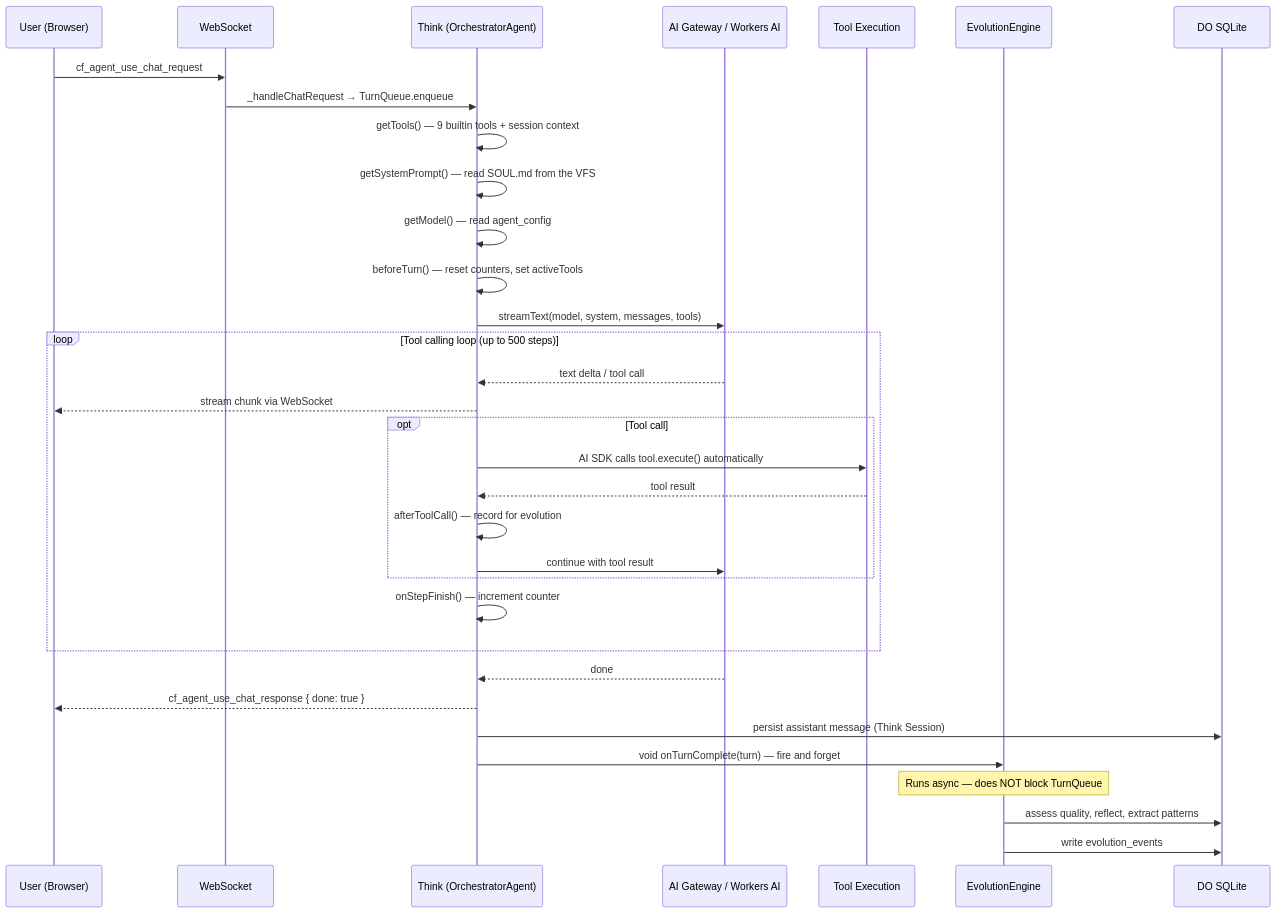
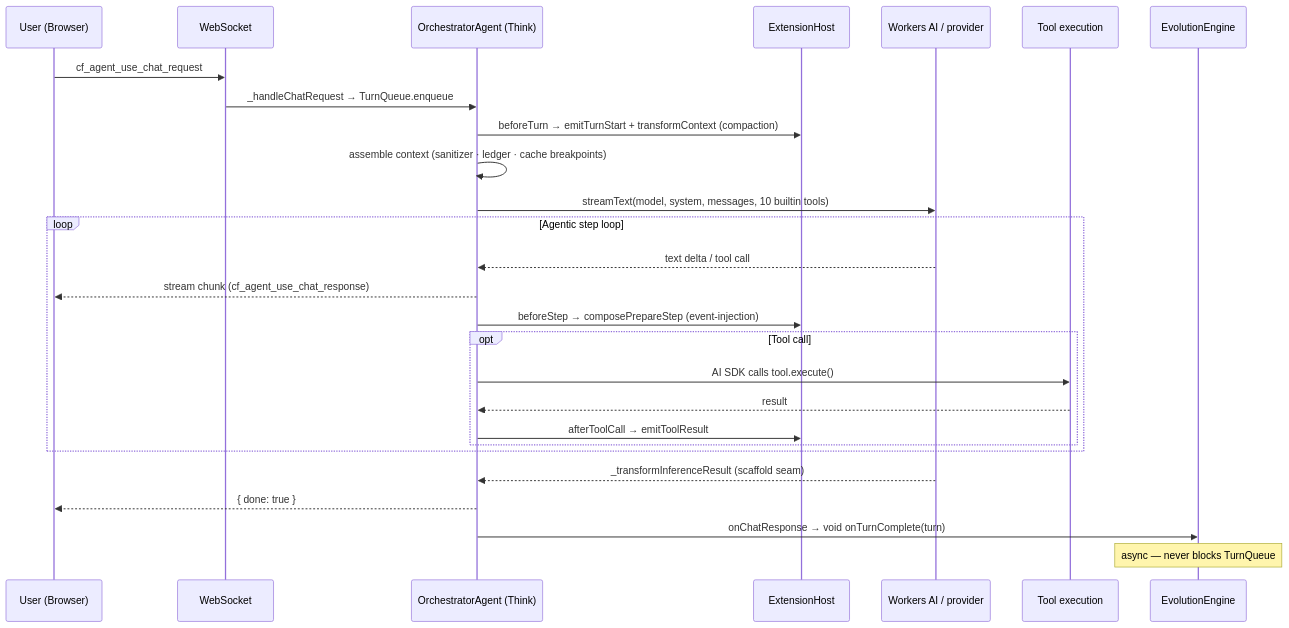
Before and after one commit to AshishKumar4/Proteus: the third of 4 diagrams in docs/ARCHITECTURE.md, drawn with Mermaid. The commit also changed other lines of this file and 1 other file, not shown here.

````diff
--- a/docs/ARCHITECTURE.md
+++ b/docs/ARCHITECTURE.md
@@ -75,36 +128,30 @@
 ```mermaid
 sequenceDiagram
     participant U as User (Browser)
     participant WS as WebSocket
-    participant T as Think (OrchestratorAgent)
-    participant LLM as AI Gateway / Workers AI
-    participant Tools as Tool Execution
+    participant T as OrchestratorAgent (Think)
+    participant X as ExtensionHost
+    participant LLM as Workers AI / provider
+    participant Tools as Tool execution
     participant Evo as EvolutionEngine
-    participant DB as DO SQLite
 
     U->>WS: cf_agent_use_chat_request
     WS->>T: _handleChatRequest → TurnQueue.enqueue
-    T->>T: getTools() — 9 builtin tools + session context
-    T->>T: getSystemPrompt() — read SOUL.md from the VFS
-    T->>T: getModel() — read agent_config
-    T->>T: beforeTurn() — reset counters, set activeTools
-    T->>LLM: streamText(model, system, messages, tools)
-    loop Tool calling loop (up to 500 steps)
+    T->>X: beforeTurn → emitTurnStart + transformContext (compaction)
+    T->>T: assemble context (sanitizer · ledger · cache breakpoints)
+    T->>LLM: streamText(model, system, messages, 10 builtin tools)
+    loop Agentic step loop
         LLM-->>T: text delta / tool call
-        T-->>U: stream chunk via WebSocket
+        T-->>U: stream chunk (cf_agent_use_chat_response)
+        T->>X: beforeStep → composePrepareStep (event-injection)
         opt Tool call
-            T->>Tools: AI SDK calls tool.execute() automatically
-            Tools-->>T: tool result
-            T->>T: afterToolCall() — record for evolution
-            T->>LLM: continue with tool result
+            T->>Tools: AI SDK calls tool.execute()
+            Tools-->>T: result
+            T->>X: afterToolCall → emitToolResult
         end
-        T->>T: onStepFinish() — increment counter
     end
-    LLM-->>T: done
-    T-->>U: cf_agent_use_chat_response { done: true }
-    T->>DB: persist assistant message (Think Session)
-    T->>Evo: void onTurnComplete(turn) — fire and forget
-    Note over Evo: Runs async — does NOT block TurnQueue
-    Evo->>DB: assess quality, reflect, extract patterns
-    Evo->>DB: write evolution_events
+    LLM-->>T: _transformInferenceResult (scaffold seam)
+    T-->>U: { done: true }
+    T->>Evo: onChatResponse → void onTurnComplete(turn)
+    Note over Evo: async — never blocks TurnQueue
 ```
````
